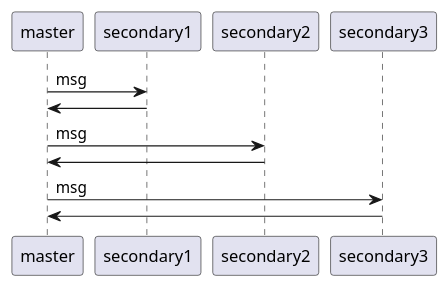
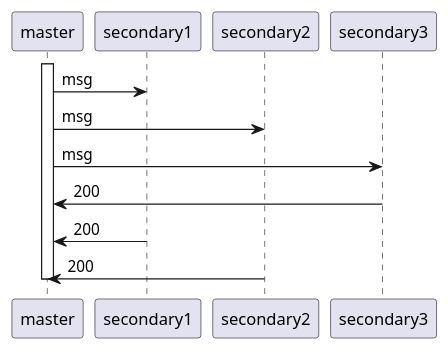
One commit to aramattamara/uku_replicated_log changed the diagram in t.plantuml. Above: the diagram before and after it, drawn with PlantUML.

Commit message:
sequence diagram for v2 (parallel, waits for all responses)

```diff
--- a/t.plantuml
+++ b/t.plantuml
@@ -1,13 +1,15 @@
 @startuml
+activate master
+master -> secondary1: msg
+master -> secondary2: msg
+master -> secondary3: msg
 
-master -> secondary1: msg
-master <- secondary1
+'as_completed
 
+master <- secondary3 : 200
+master <- secondary1 : 200
+master <- secondary2 : 200
 
-master -> secondary2: msg
-master <- secondary2
-
-master -> secondary3: msg
-master <- secondary3
+deactivate master
 
 @enduml
```
